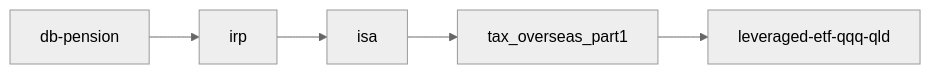
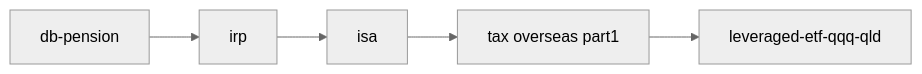
One commit to goldanghenry/Finances changed the diagram in 06-korea-policy/README.md. Above: the diagram before and after it, drawn with Mermaid (neutral theme). The commit also changed 211 other files, not shown here.

````diff
--- a/06-korea-policy/README.md
+++ b/06-korea-policy/README.md
@@ -7,7 +7,7 @@
 ```mermaid
 flowchart LR
   DB[db-pension] --> IRP[irp]
   IRP --> ISA[isa]
-  ISA --> Tax[tax_overseas_part1]
+  ISA --> Tax["tax overseas part1"]
   Tax --> QQQ[leveraged-etf-qqq-qld]
 ```
````
